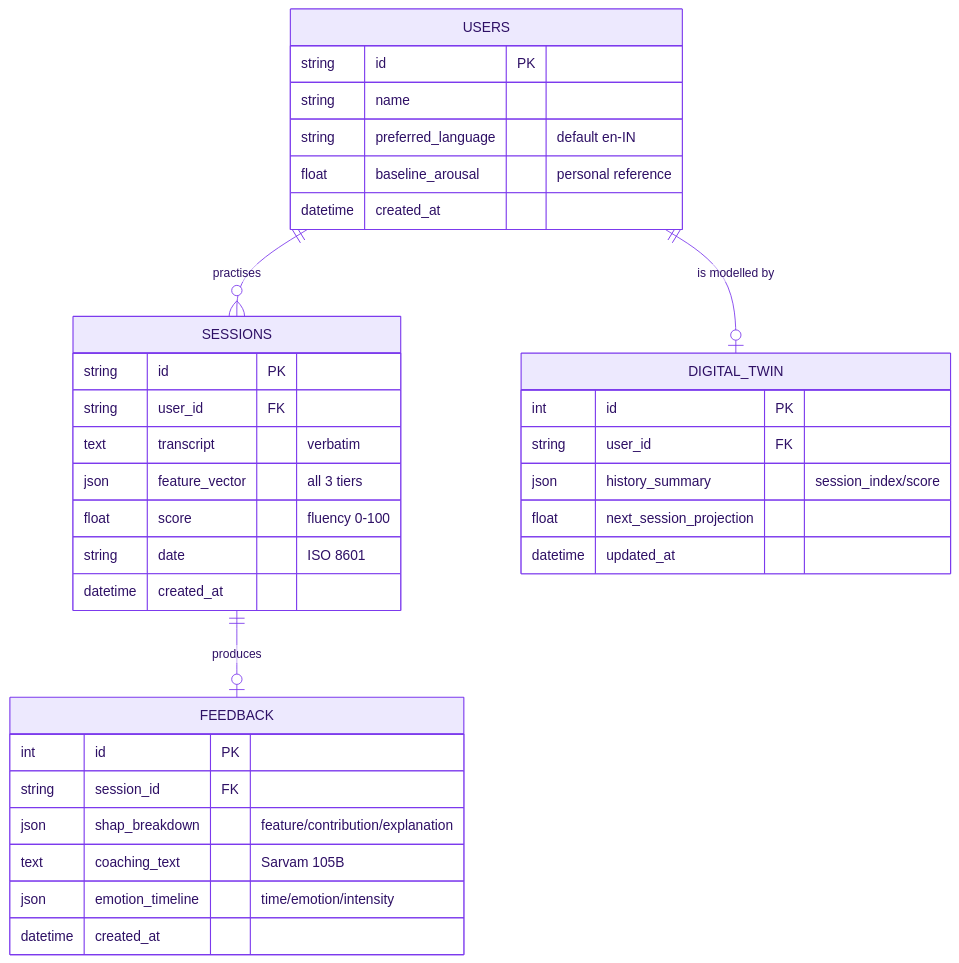
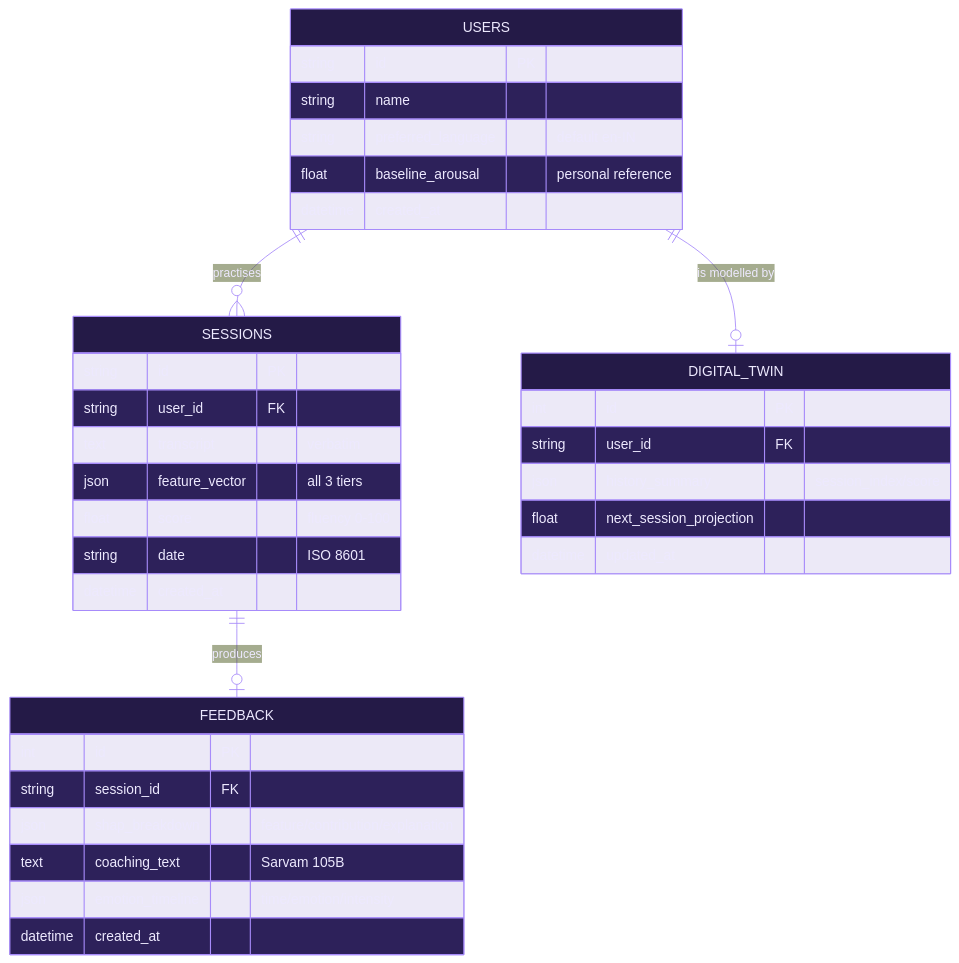
One commit to vaibhav700c/Anubhav changed the fifth of 5 diagrams in README.md. Above: the diagram before and after it, drawn with Mermaid. The commit also changed other lines of this file and 1 other file, not shown here.

First line of the commit message:
docs: retheme all Mermaid diagrams for GitHub dark mode

````diff
--- a/README.md
+++ b/README.md
@@ -323,39 +323,39 @@
 ```mermaid
-%%{init: {'theme':'base','themeVariables':{'fontFamily':'Inter, system-ui, sans-serif','lineColor':'#7C3AED','primaryColor':'#EDE9FE','primaryBorderColor':'#7C3AED','primaryTextColor':'#2E1065'}}}%%
+%%{init: {'theme':'base','themeVariables':{'fontFamily':'Inter, system-ui, sans-serif','background':'#0D1117','primaryColor':'#241A47','primaryBorderColor':'#A78BFA','primaryTextColor':'#EDE9FE','lineColor':'#A78BFA','textColor':'#E2E8F0','mainBkg':'#241A47','nodeBorder':'#A78BFA','attributeBackgroundColorOdd':'#1E2235','attributeBackgroundColorEven':'#161929'}}}%%
 erDiagram
     USERS ||--o{ SESSIONS : "practises"
     USERS ||--o| DIGITAL_TWIN : "is modelled by"
     SESSIONS ||--o| FEEDBACK : "produces"
 
     USERS {
         string id PK
         string name
         string preferred_language "default en-IN"
         float  baseline_arousal "personal reference"
         datetime created_at
     }
     SESSIONS {
         string id PK
         string user_id FK
         text   transcript "verbatim"
         json   feature_vector "all 3 tiers"
         float  score "fluency 0-100"
         string date "ISO 8601"
         datetime created_at
     }
     FEEDBACK {
         int    id PK
         string session_id FK
         json   shap_breakdown "feature/contribution/explanation"
         text   coaching_text "Sarvam 105B"
         json   emotion_timeline "time/emotion/intensity"
         datetime created_at
     }
     DIGITAL_TWIN {
         int    id PK
         string user_id FK
         json   history_summary "session_index/score"
         float  next_session_projection
         datetime updated_at
     }
 ```
````
